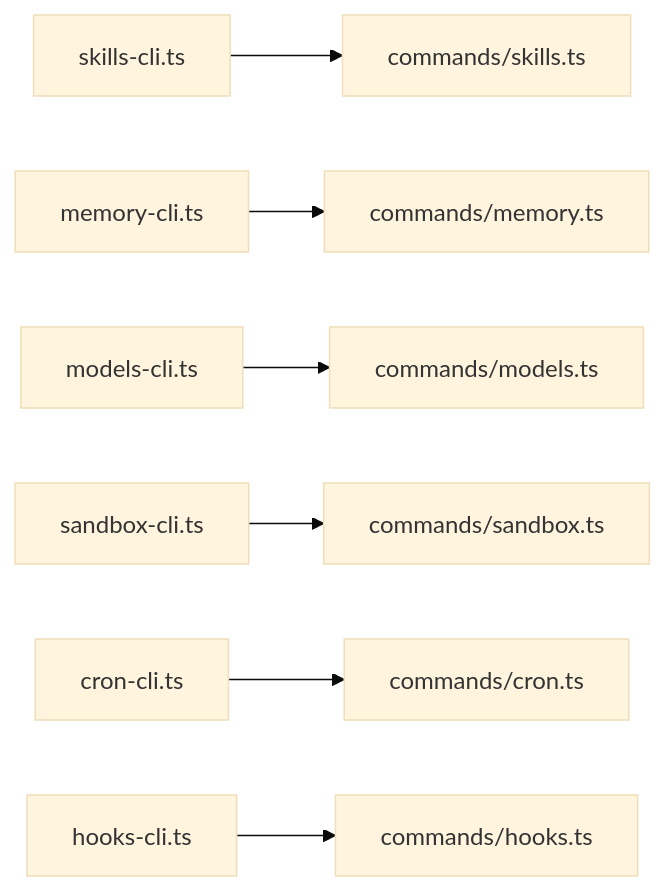
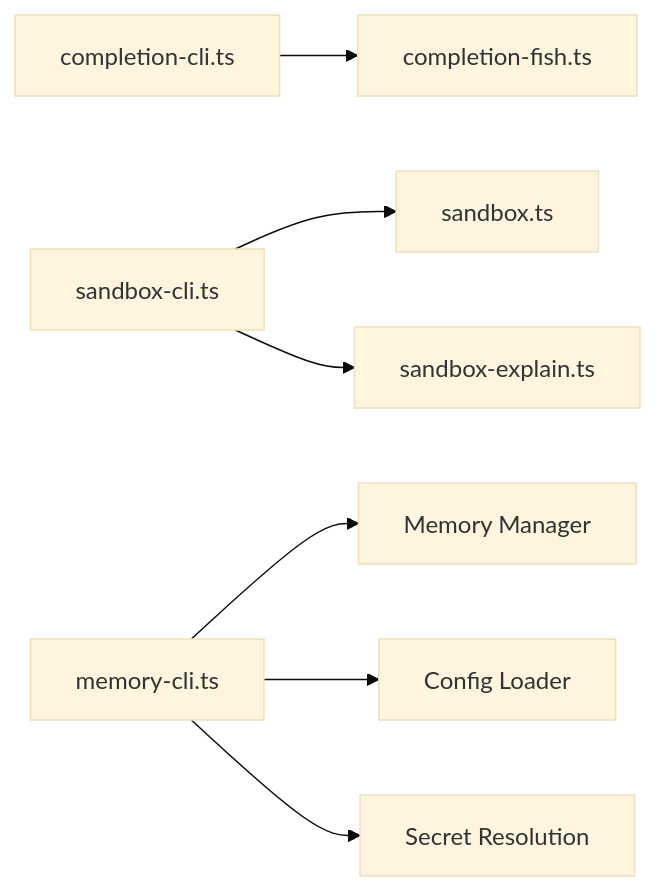
The sixth of 6 diagrams in repowiki/en/content/CLI Interface/Utility Commands.md (botx-work/OpenClaw-Internals), drawn with Mermaid (base theme) before and after one commit. The commit also changed other lines of this file and 332 other files, not shown here.

````diff
--- a/repowiki/en/content/CLI Interface/Utility Commands.md
+++ b/repowiki/en/content/CLI Interface/Utility Commands.md
@@ -418,9 +247,9 @@
 ```mermaid
 graph LR
-SK["skills-cli.ts"] --> CMDSK["commands/skills.ts"]
-ME["memory-cli.ts"] --> CMDSM["commands/memory.ts"]
-MO["models-cli.ts"] --> CMDMO["commands/models.ts"]
-SA["sandbox-cli.ts"] --> CMDSA["commands/sandbox.ts"]
-CR["cron-cli.ts"] --> CMDCR["commands/cron.ts"]
-HO["hooks-cli.ts"] --> CMDHO["commands/hooks.ts"]
+CC["completion-cli.ts"] --> CF["completion-fish.ts"]
+SC["sandbox-cli.ts"] --> CMD["sandbox.ts"]
+SC --> EX["sandbox-explain.ts"]
+MC["memory-cli.ts"] --> MM["Memory Manager"]
+MC --> CFG["Config Loader"]
+MC --> SEC["Secret Resolution"]
 ```
````
